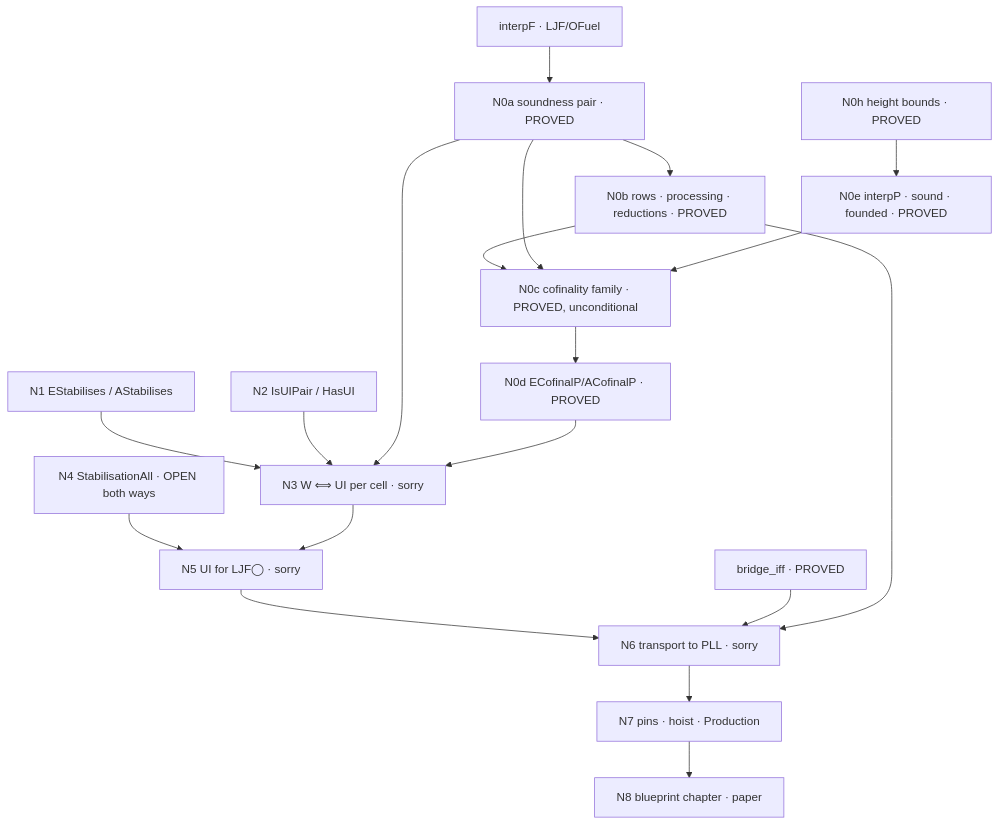
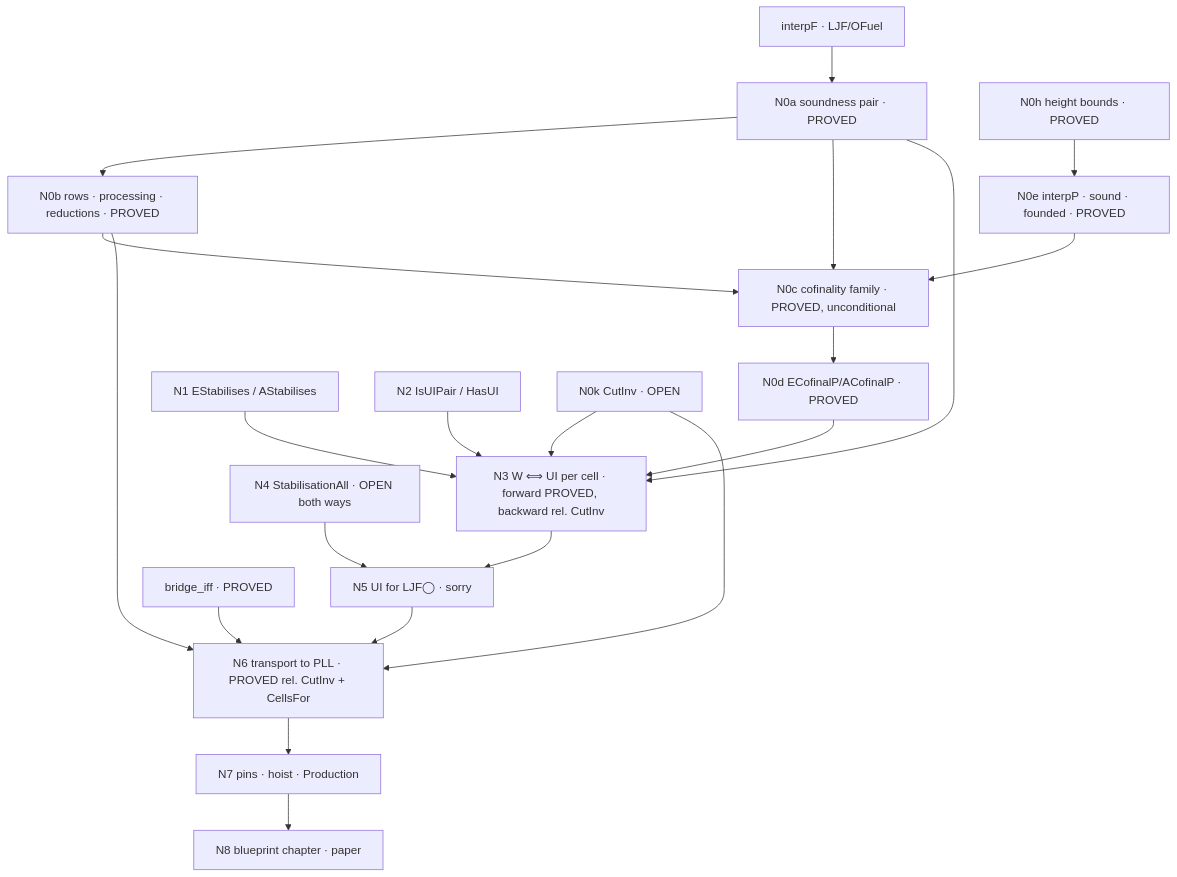
The diagram in docs/ui-routeB-blueprint.md (fairflow/lax-logic-in-lean), drawn with Mermaid before and after one commit. The commit also changed other lines of this file and 1 other file, not shown here.

First line of the commit message:
docs(ui): §4.19 — WP2 landed: N1 literal stabilisation, N2, N3 forward PROVED without cut, N3 backward and N6 relative to CutInv; N4 restated as termination of interpP's recursion; blueprint nodes and obligations

````diff
--- a/docs/ui-routeB-blueprint.md
+++ b/docs/ui-routeB-blueprint.md
@@ -79,21 +81,23 @@
 ```mermaid
 graph TD
   interpF[interpF · LJF/OFuel] --> N0a[N0a soundness pair · PROVED]
   N0a --> N0b[N0b rows · processing · reductions · PROVED]
   N0b --> N0c[N0c cofinality family · PROVED, unconditional]
   N0a --> N0c
   H[N0h height bounds · PROVED] --> N0e[N0e interpP · sound · founded · PROVED]
   N0e --> N0c
   N0c --> N0d[N0d ECofinalP/ACofinalP · PROVED]
   N1[N1 EStabilises / AStabilises] --> N3
   N2[N2 IsUIPair / HasUI] --> N3
-  N0a --> N3[N3 W ⟺ UI per cell · sorry]
+  N0a --> N3[N3 W ⟺ UI per cell · forward PROVED, backward rel. CutInv]
+  K[N0k CutInv · OPEN] --> N3
+  K --> N6
   N0d --> N3
   N4[N4 StabilisationAll · OPEN both ways] --> N5[N5 UI for LJF◯ · sorry]
   N3 --> N5
-  N5 --> N6[N6 transport to PLL · sorry]
+  N5 --> N6[N6 transport to PLL · PROVED rel. CutInv + CellsFor]
   B[bridge_iff · PROVED] --> N6
   N0b --> N6
   N6 --> N7[N7 pins · hoist · Production]
   N7 --> N8[N8 blueprint chapter · paper]
 ```
````
